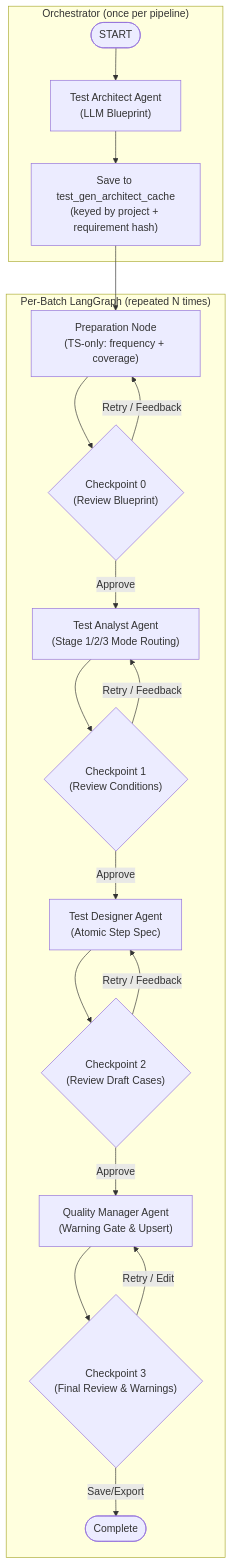
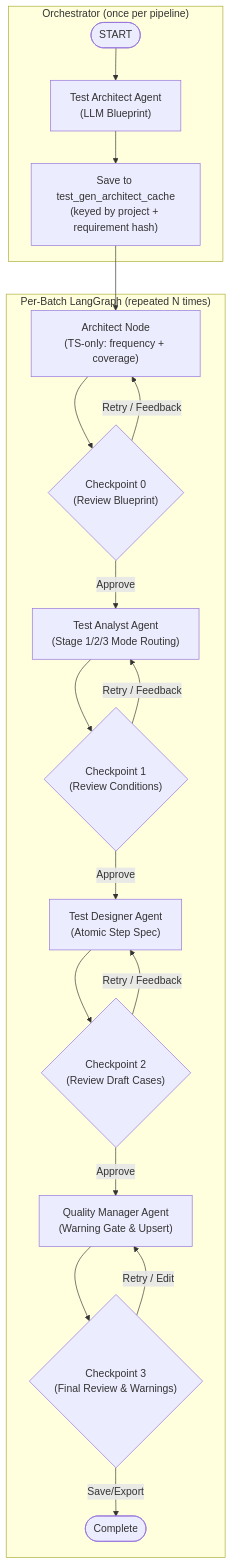
The diagram in docs/agent_memory_implementation_plan.md (huangsx0213/e2e_test), drawn with Mermaid before and after one commit. The commit also changed other lines of this file and 24 other files, not shown here.

First line of the commit message:
refactor(ai-test-gen): 重构测试生成管线，替换全局蓝图为指令式测试策略

````diff
--- a/docs/agent_memory_implementation_plan.md
+++ b/docs/agent_memory_implementation_plan.md
@@ -15,23 +15,23 @@
 ```mermaid
 flowchart TD
     subgraph Orchestrator["Orchestrator (once per pipeline)"]
         OStart([START]) --> Architect["Test Architect Agent<br/>(LLM Blueprint)"]
         Architect --> Cache["Save to test_gen_architect_cache<br/>(keyed by project + requirement hash)"]
     end
 
     subgraph BatchLoop["Per-Batch LangGraph (repeated N times)"]
-        Cache --> Prep["Preparation Node<br/>(TS-only: frequency + coverage)"]
-        Prep --> CP0{"Checkpoint 0<br/>(Review Blueprint)"}
-        CP0 -- Retry / Feedback --> Prep
+        Cache --> Arch["Architect Node<br/>(TS-only: frequency + coverage)"]
+        Arch --> CP0{"Checkpoint 0<br/>(Review Blueprint)"}
+        CP0 -- Retry / Feedback --> Arch
         CP0 -- Approve --> Analyst["Test Analyst Agent<br/>(Stage 1/2/3 Mode Routing)"]
         Analyst --> CP1{"Checkpoint 1<br/>(Review Conditions)"}
         CP1 -- Retry / Feedback --> Analyst
         CP1 -- Approve --> Designer["Test Designer Agent<br/>(Atomic Step Spec)"]
         Designer --> CP2{"Checkpoint 2<br/>(Review Draft Cases)"}
         CP2 -- Retry / Feedback --> Designer
         CP2 -- Approve --> Quality["Quality Manager Agent<br/>(Warning Gate & Upsert)"]
         Quality --> CP3{"Checkpoint 3<br/>(Final Review & Warnings)"}
         CP3 -- Retry / Edit --> Quality
         CP3 -- Save/Export --> Complete([Complete])
     end
 ```
````
